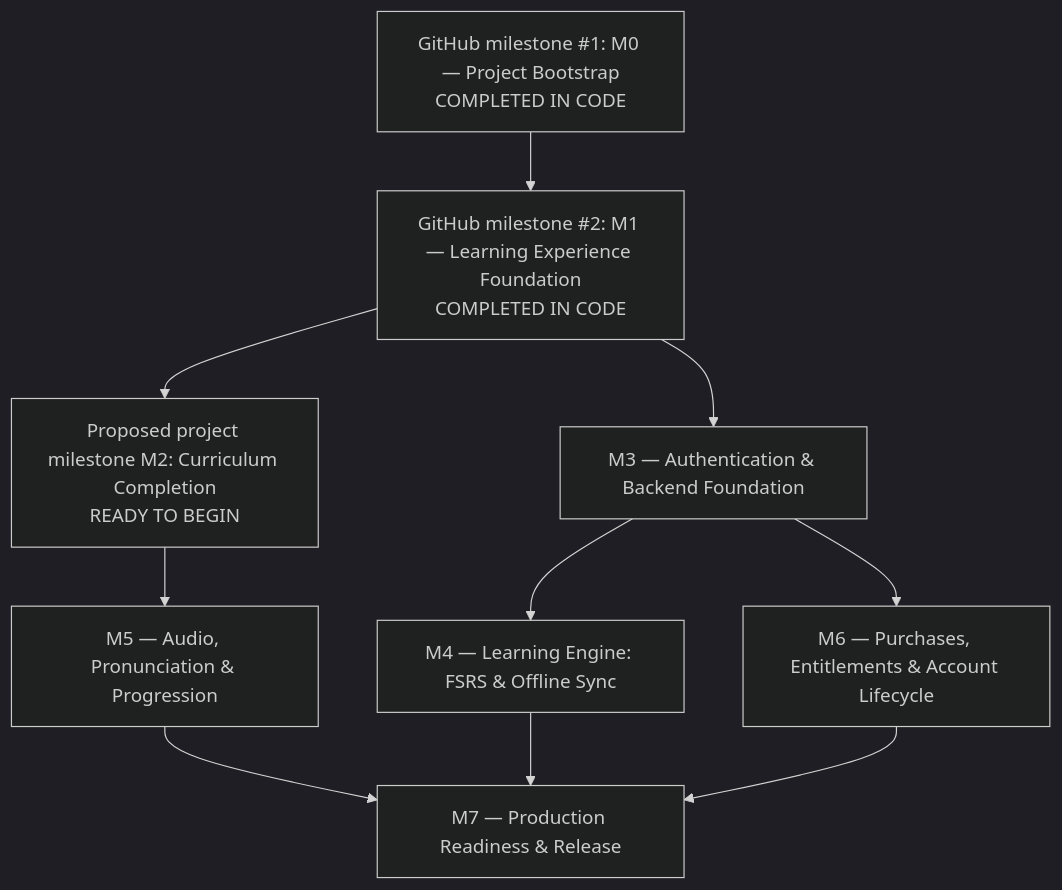
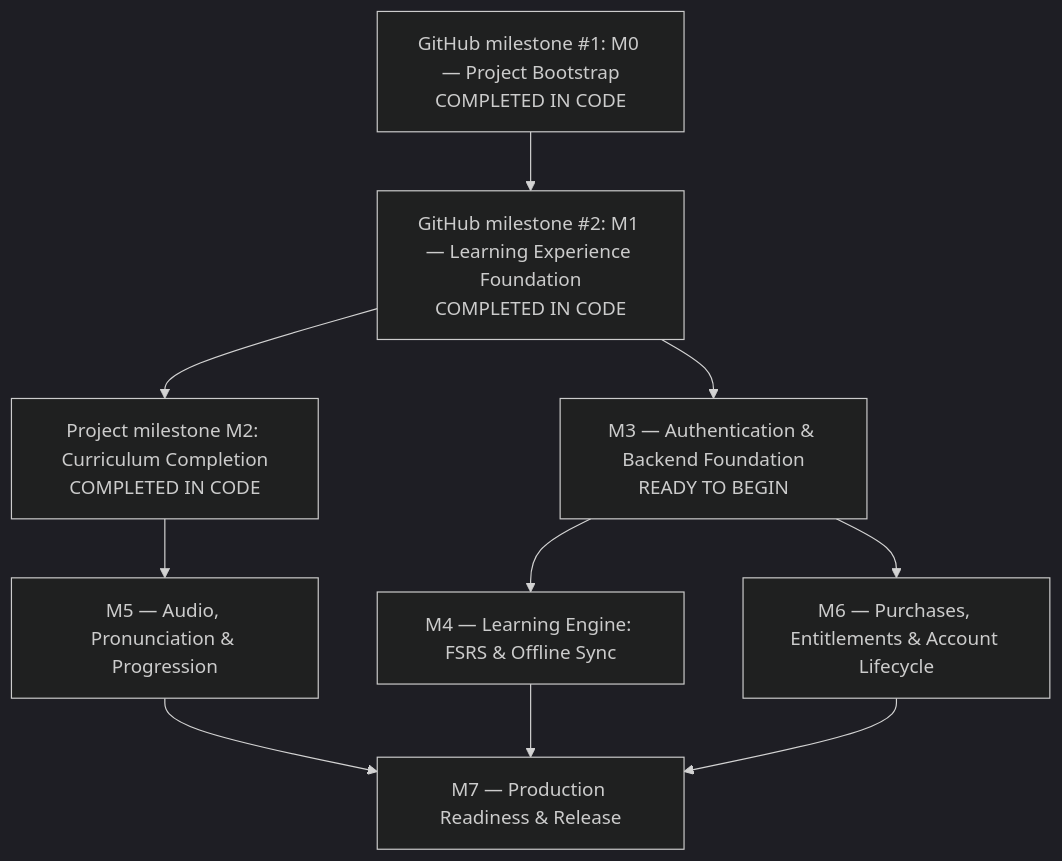
Before and after one commit to PadoSensei/bjj-lang: the diagram in docs/roadmap/PROPOSED_MILESTONES.md, drawn with Mermaid (dark theme). The commit also changed other lines of this file and 3 other files, not shown here.

Commit message:
docs(roadmap): audit M2 curriculum completion and map M3 readiness

````diff
--- a/docs/roadmap/PROPOSED_MILESTONES.md
+++ b/docs/roadmap/PROPOSED_MILESTONES.md
@@ -47,12 +48,12 @@
 ```mermaid
 graph TD
     M0[GitHub milestone #1: M0 — Project Bootstrap<br>COMPLETED IN CODE] --> M1[GitHub milestone #2: M1 — Learning Experience Foundation<br>COMPLETED IN CODE]
-    M1 --> M2[Proposed project milestone M2: Curriculum Completion<br>READY TO BEGIN]
-    M1 --> M3[M3 — Authentication & Backend Foundation]
+    M1 --> M2[Project milestone M2: Curriculum Completion<br>COMPLETED IN CODE]
+    M1 --> M3[M3 — Authentication & Backend Foundation<br>READY TO BEGIN]
     M2 --> M5[M5 — Audio, Pronunciation & Progression]
     M3 --> M4[M4 — Learning Engine: FSRS & Offline Sync]
     M3 --> M6[M6 — Purchases, Entitlements & Account Lifecycle]
     M4 --> M7[M7 — Production Readiness & Release]
     M5 --> M7
     M6 --> M7
 ```
````
